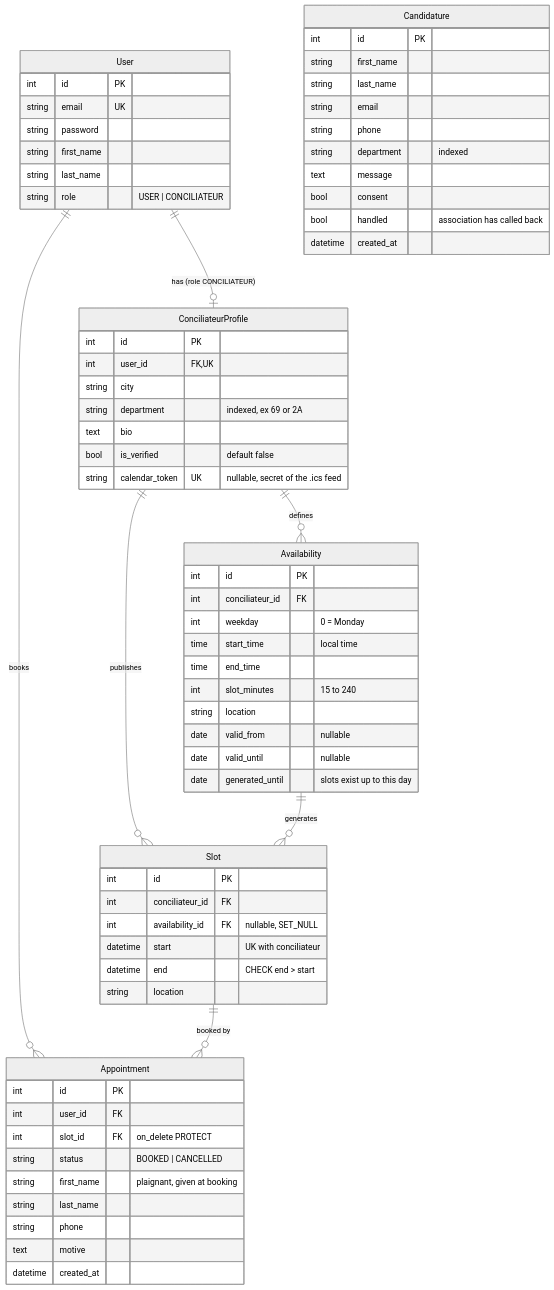
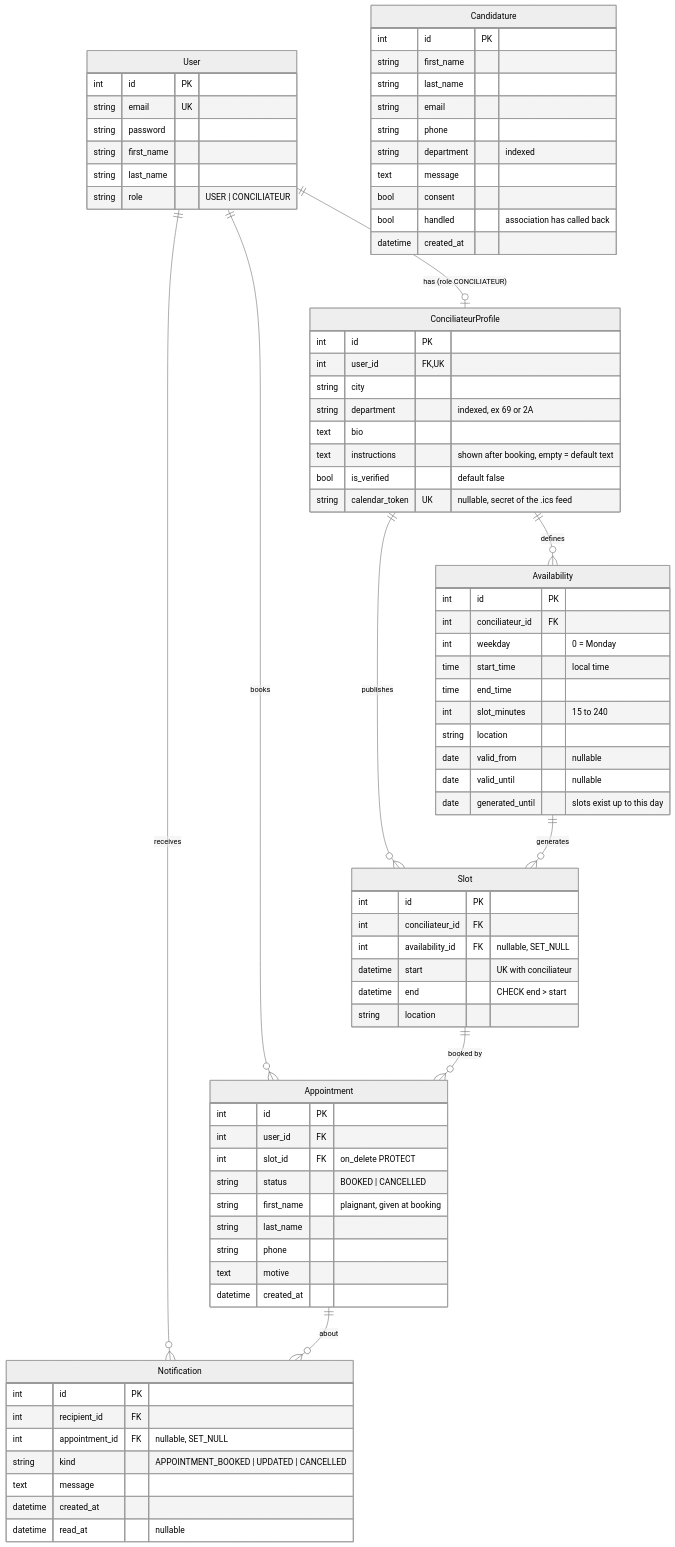
The diagram in backend/README.md (GauthierMalfilatre/conciliabulle), drawn with Mermaid (neutral theme) before and after one commit. The commit also changed other lines of this file and 2 other files, not shown here.

Commit message:
docs: document instructions, calendar state, notifications and e-mail alerts

````diff
--- a/backend/README.md
+++ b/backend/README.md
@@ -23,70 +26,82 @@
 ```mermaid
 erDiagram
     User ||--o| ConciliateurProfile : "has (role CONCILIATEUR)"
     User ||--o{ Appointment : books
+    User ||--o{ Notification : receives
+    Appointment ||--o{ Notification : about
     ConciliateurProfile ||--o{ Availability : defines
     ConciliateurProfile ||--o{ Slot : publishes
     Availability ||--o{ Slot : generates
     Slot ||--o{ Appointment : "booked by"
 
     User {
         int id PK
         string email UK
         string password
         string first_name
         string last_name
         string role "USER | CONCILIATEUR"
     }
     ConciliateurProfile {
         int id PK
         int user_id FK, UK
         string city
         string department "indexed, ex 69 or 2A"
         text bio
+        text instructions "shown after booking, empty = default text"
         bool is_verified "default false"
         string calendar_token UK "nullable, secret of the .ics feed"
     }
     Availability {
         int id PK
         int conciliateur_id FK
         int weekday "0 = Monday"
         time start_time "local time"
         time end_time
         int slot_minutes "15 to 240"
         string location
         date valid_from "nullable"
         date valid_until "nullable"
         date generated_until "slots exist up to this day"
     }
     Slot {
         int id PK
         int conciliateur_id FK
         int availability_id FK "nullable, SET_NULL"
         datetime start "UK with conciliateur"
         datetime end "CHECK end > start"
         string location
     }
     Appointment {
         int id PK
         int user_id FK
         int slot_id FK "on_delete PROTECT"
         string status "BOOKED | CANCELLED"
         string first_name "plaignant, given at booking"
         string last_name
         string phone
         text motive
         datetime created_at
     }
+    Notification {
+        int id PK
+        int recipient_id FK
+        int appointment_id FK "nullable, SET_NULL"
+        string kind "APPOINTMENT_BOOKED | UPDATED | CANCELLED"
+        text message
+        datetime created_at
+        datetime read_at "nullable"
+    }
     Candidature {
         int id PK
         string first_name
         string last_name
         string email
         string phone
         string department "indexed"
         text message
         bool consent
         bool handled "association has called back"
         datetime created_at
     }
 ```
````
